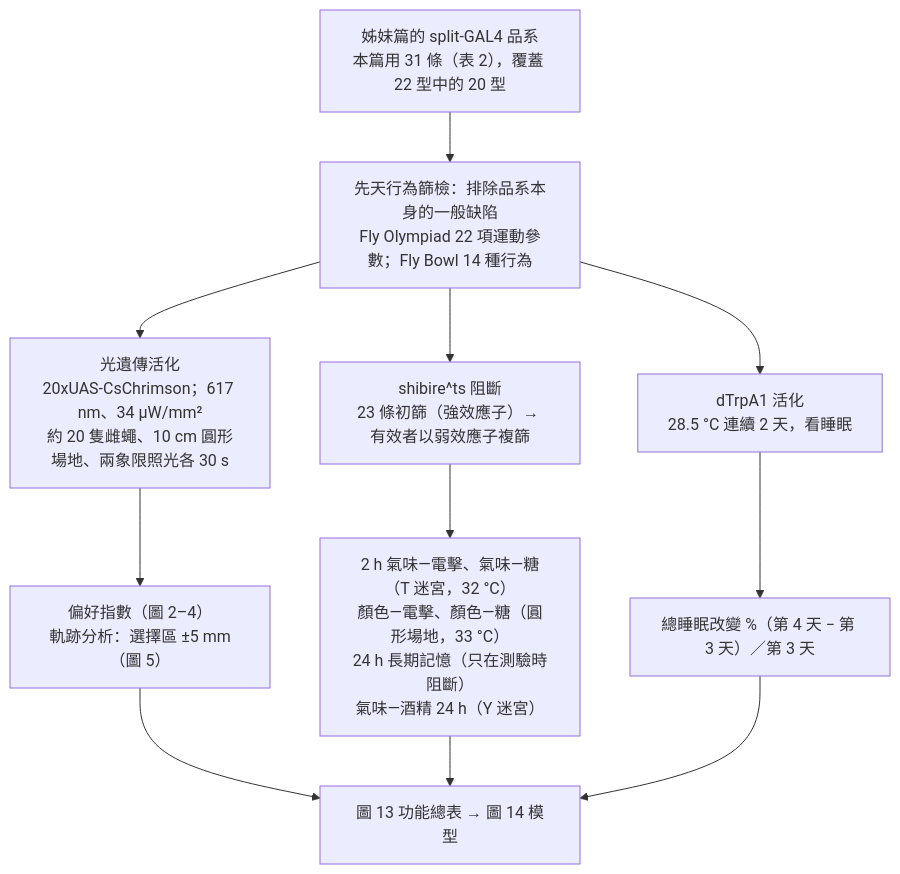
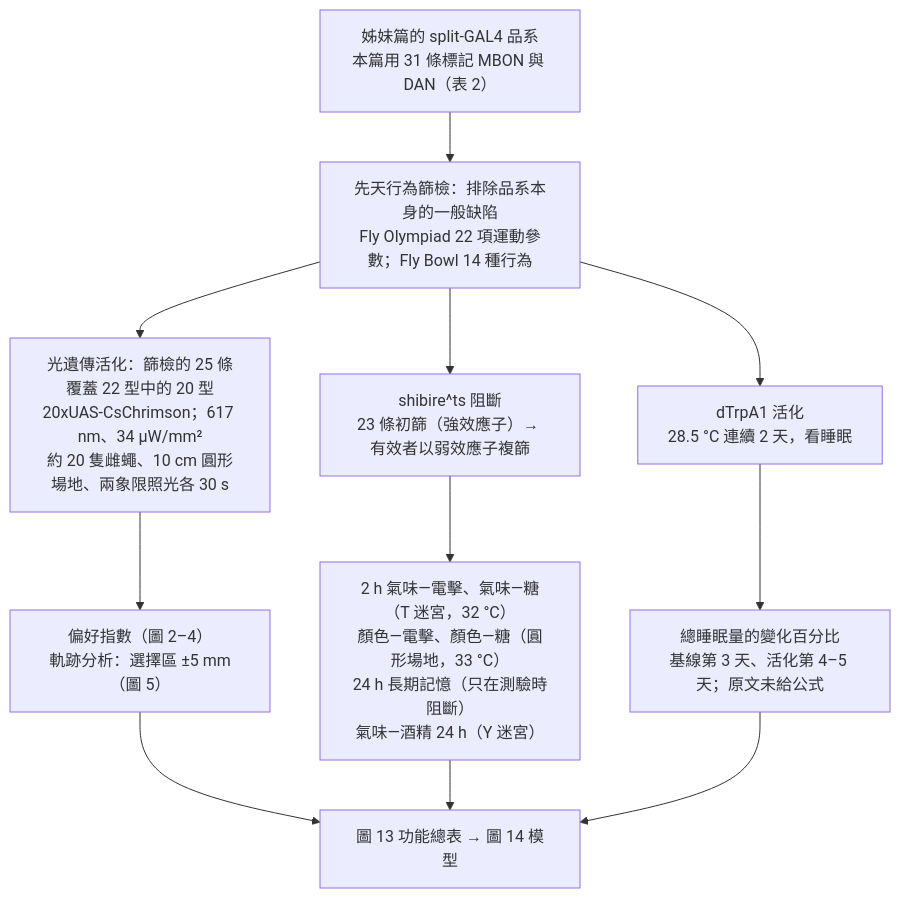
One commit to marginli/mb_wiki changed the diagram in wiki/sources/s-aso-2014-mbon-valence.md. Above: the diagram before and after it, drawn with Mermaid. The commit also changed other lines of this file and 5 other files, not shown here.

````diff
--- a/wiki/sources/s-aso-2014-mbon-valence.md
+++ b/wiki/sources/s-aso-2014-mbon-valence.md
@@ -165,13 +194,13 @@
 ```mermaid
 flowchart TD
-    A["姊妹篇的 split-GAL4 品系<br/>本篇用 31 條（表 2），覆蓋 22 型中的 20 型"] --> B["先天行為篩檢：排除品系本身的一般缺陷<br/>Fly Olympiad 22 項運動參數；Fly Bowl 14 種行為"]
-    B --> C["光遺傳活化<br/>20xUAS-CsChrimson；617 nm、34 µW/mm²<br/>約 20 隻雌蠅、10 cm 圓形場地、兩象限照光各 30 s"]
+    A["姊妹篇的 split-GAL4 品系<br/>本篇用 31 條標記 MBON 與 DAN（表 2）"] --> B["先天行為篩檢：排除品系本身的一般缺陷<br/>Fly Olympiad 22 項運動參數；Fly Bowl 14 種行為"]
+    B --> C["光遺傳活化：篩檢的 25 條覆蓋 22 型中的 20 型<br/>20xUAS-CsChrimson；617 nm、34 µW/mm²<br/>約 20 隻雌蠅、10 cm 圓形場地、兩象限照光各 30 s"]
     B --> D["shibire^ts 阻斷<br/>23 條初篩（強效應子）→ 有效者以弱效應子複篩"]
     B --> E["dTrpA1 活化<br/>28.5 °C 連續 2 天，看睡眠"]
     C --> C1["偏好指數（圖 2–4）<br/>軌跡分析：選擇區 ±5 mm（圖 5）"]
     D --> D1["2 h 氣味—電擊、氣味—糖（T 迷宮，32 °C）<br/>顏色—電擊、顏色—糖（圓形場地，33 °C）<br/>24 h 長期記憶（只在測驗時阻斷）<br/>氣味—酒精 24 h（Y 迷宮）"]
-    E --> E1["總睡眠改變 %（第 4 天 − 第 3 天）／第 3 天"]
+    E --> E1["總睡眠量的變化百分比<br/>基線第 3 天、活化第 4–5 天；原文未給公式"]
     C1 --> F["圖 13 功能總表 → 圖 14 模型"]
     D1 --> F
     E1 --> F
 ```
````
